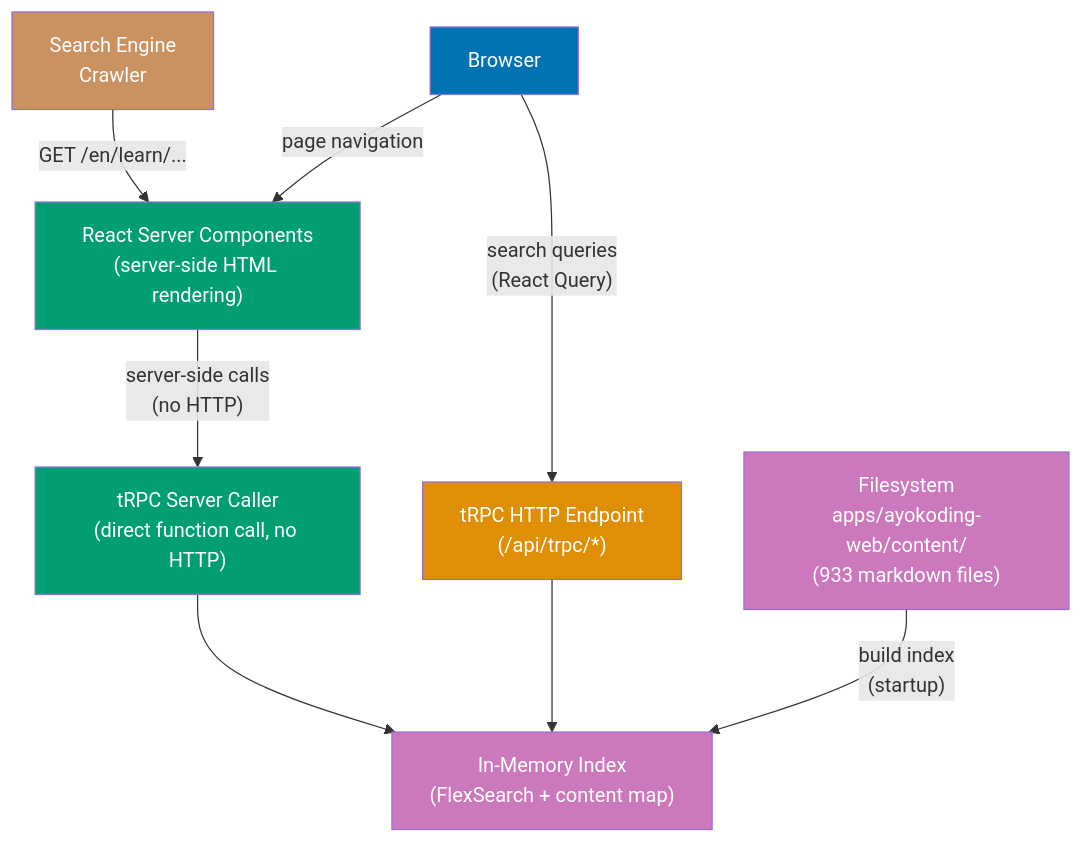
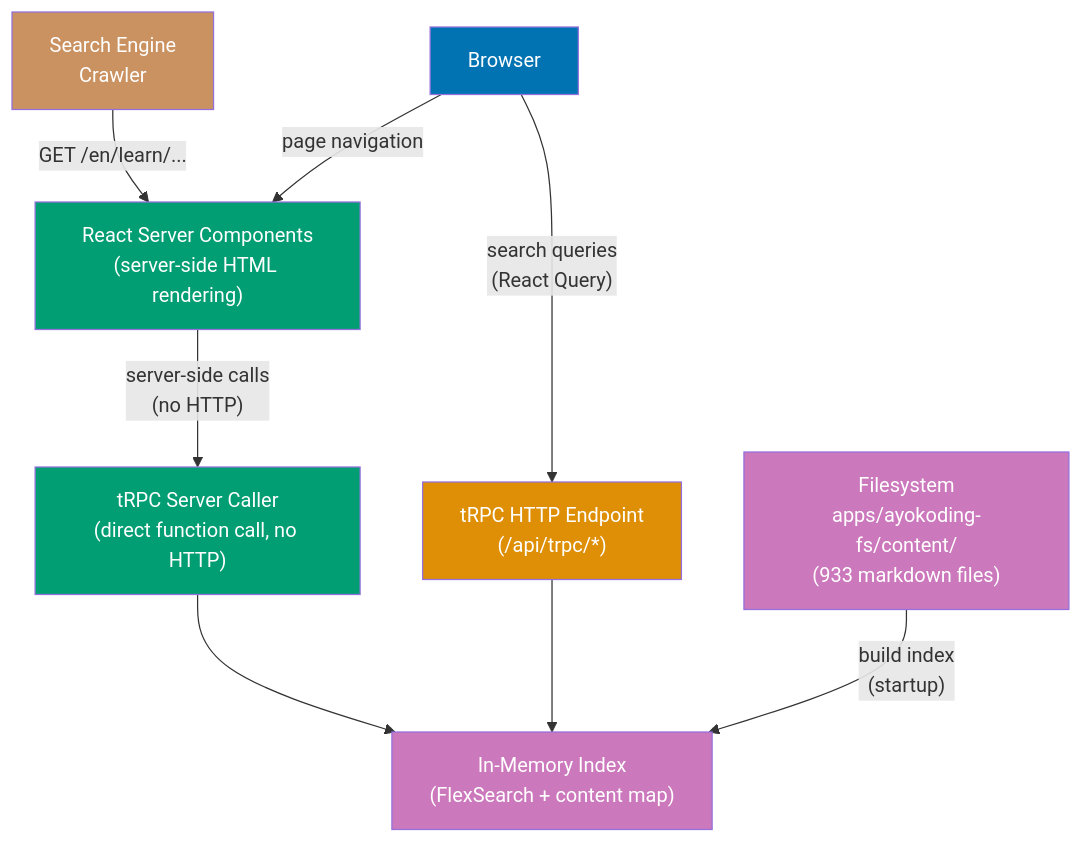
Before and after one commit to wahidyankf/open-sharia-enterprise: the diagram in plans/done/2026-03-23__ayokoding-web-v2/tech-docs.md, drawn with Mermaid. The commit also changed other lines of this file and 1809 other files, not shown here.

First line of the commit message:
refactor(apps): rename ayokoding-web to ayokoding-fs and oseplatform-web to oseplatform-fs

````diff
--- a/plans/done/2026-03-23__ayokoding-web-v2/tech-docs.md
+++ b/plans/done/2026-03-23__ayokoding-web-v2/tech-docs.md
@@ -23,26 +23,26 @@
 ```mermaid
 flowchart TD
     Crawler["Search Engine\nCrawler"]
     Browser["Browser"]
     RSC["React Server Components\n(server-side HTML rendering)"]
     TRPC_S["tRPC Server Caller\n(direct function call, no HTTP)"]
     TRPC_H["tRPC HTTP Endpoint\n(/api/trpc/*)"]
-    FS["Filesystem\napps/ayokoding-web/content/\n(933 markdown files)"]
+    FS["Filesystem\napps/ayokoding-fs/content/\n(933 markdown files)"]
     Index["In-Memory Index\n(FlexSearch + content map)"]
 
     Crawler -- "GET /en/learn/..." --> RSC
     Browser -- "page navigation" --> RSC
     Browser -- "search queries\n(React Query)" --> TRPC_H
     RSC -- "server-side calls\n(no HTTP)" --> TRPC_S
     TRPC_S --> Index
     TRPC_H --> Index
     FS -- "build index\n(startup)" --> Index
 
     style Crawler fill:#CA9161,color:#ffffff
     style Browser fill:#0173B2,color:#ffffff
     style RSC fill:#029E73,color:#ffffff
     style TRPC_S fill:#029E73,color:#ffffff
     style TRPC_H fill:#DE8F05,color:#ffffff
     style FS fill:#CC78BC,color:#ffffff
     style Index fill:#CC78BC,color:#ffffff
 ```
````
